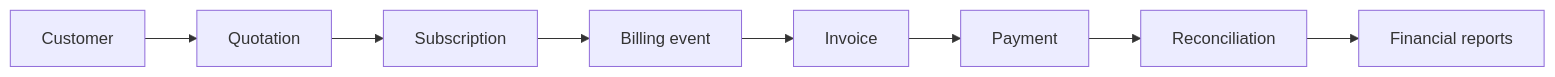
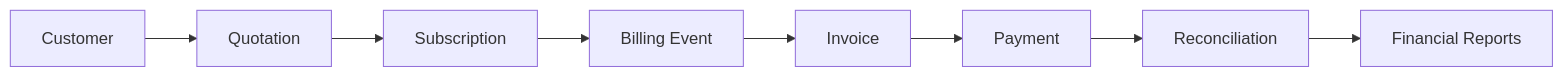
One commit to Rohith-3128/odoo-hackathon changed the second of 2 diagrams in README.md. Above: the diagram before and after it, drawn with Mermaid. The commit also changed other lines of this file, not shown here.

Commit message:
docs: fix README encoding, formatting, architecture diagrams, and setup instructions

````diff
--- a/README.md
+++ b/README.md
@@ -92,10 +99,10 @@
 ```mermaid
 flowchart LR
     A[Customer] --> B[Quotation]
     B --> C[Subscription]
-    C --> D[Billing event]
+    C --> D[Billing Event]
     D --> E[Invoice]
     E --> F[Payment]
     F --> G[Reconciliation]
-    G --> H[Financial reports]
+    G --> H[Financial Reports]
 ```
````
